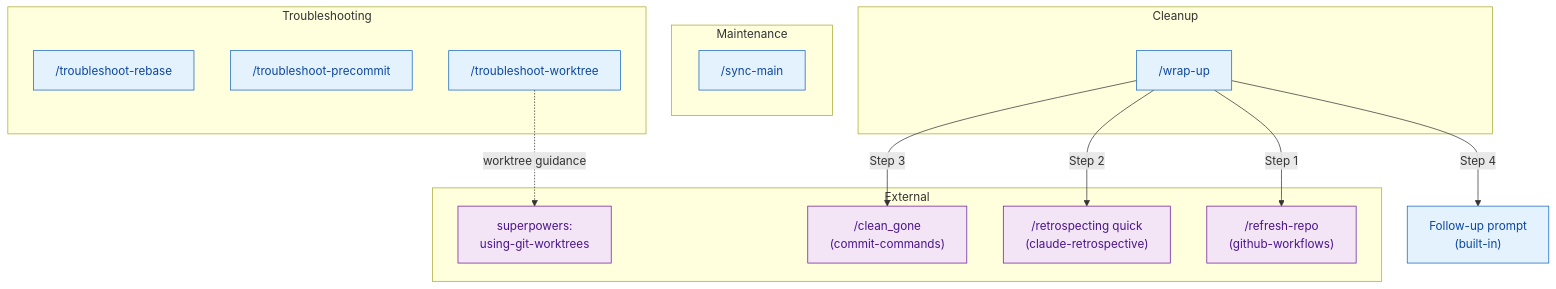
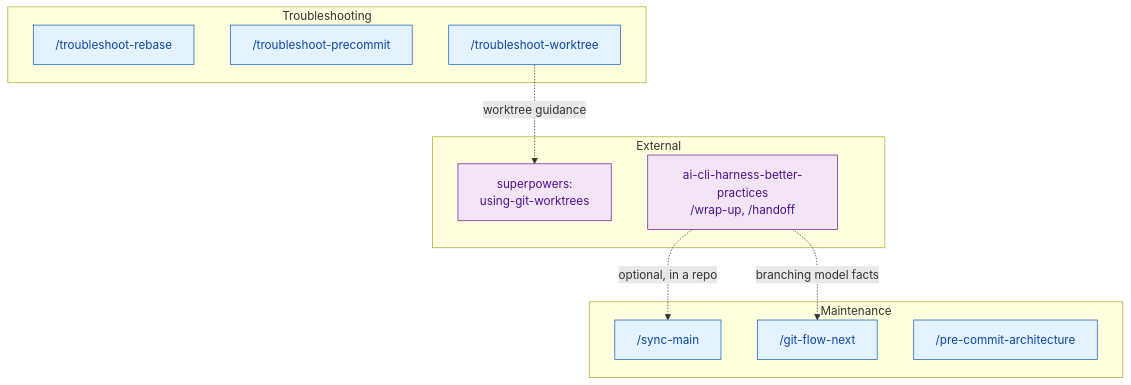
Before and after one commit to dryvist/claude-code-plugins: the first of 2 diagrams in git-workflows/ARCHITECTURE.md, drawn with Mermaid. The commit also changed other lines of this file and 26 other files, not shown here.

First line of the commit message:
feat(ai-cli-harness-better-practices): extract session continuity from git-workflows, add /goal (#437)

````diff
--- a/git-workflows/ARCHITECTURE.md
+++ b/git-workflows/ARCHITECTURE.md
@@ -9,35 +16,28 @@
 ```mermaid
 flowchart TD
     classDef ai fill:#e3f2fd,stroke:#1565c0,color:#0d47a1
     classDef external fill:#f3e5f5,stroke:#6a1b9a,color:#4a148c
 
     subgraph maintenance["Maintenance"]
         sync_main["/sync-main"]
+        git_flow["/git-flow-next"]
+        precommit_arch["/pre-commit-architecture"]
     end
 
     subgraph troubleshooting["Troubleshooting"]
         ts_rebase["/troubleshoot-rebase"]
         ts_precommit["/troubleshoot-precommit"]
         ts_worktree["/troubleshoot-worktree"]
     end
 
-    subgraph cleanup["Cleanup"]
-        wrap_up["/wrap-up"]
+    subgraph external_deps["External"]
+        superpowers["superpowers:\nusing-git-worktrees"]:::external
+        harness["ai-cli-harness-better-practices\n/wrap-up, /handoff"]:::external
     end
 
-    subgraph external_deps["External"]
-        superpowers["superpowers:\nusing-git-worktrees"]:::external
-        clean_gone["/clean_gone\n(commit-commands)"]:::external
-        retrospecting["/retrospecting quick\n(claude-retrospective)"]:::external
-        refresh_repo["/refresh-repo\n(github-workflows)"]:::external
-    end
+    ts_worktree -.->|"worktree guidance"| superpowers
+    harness -.->|"branching model facts"| git_flow
+    harness -.->|"optional, in a repo"| sync_main
 
-    wrap_up -->|"Step 1"| refresh_repo
-    wrap_up -->|"Step 2"| retrospecting
-    wrap_up -->|"Step 3"| clean_gone
-    wrap_up -->|"Step 4"| follow_up["Follow-up prompt\n(built-in)"]:::ai
-
-    ts_worktree -.->|"worktree guidance"| superpowers
-
-    class sync_main,ts_rebase,ts_precommit,ts_worktree,wrap_up ai
+    class sync_main,git_flow,precommit_arch,ts_rebase,ts_precommit,ts_worktree ai
 ```
````
